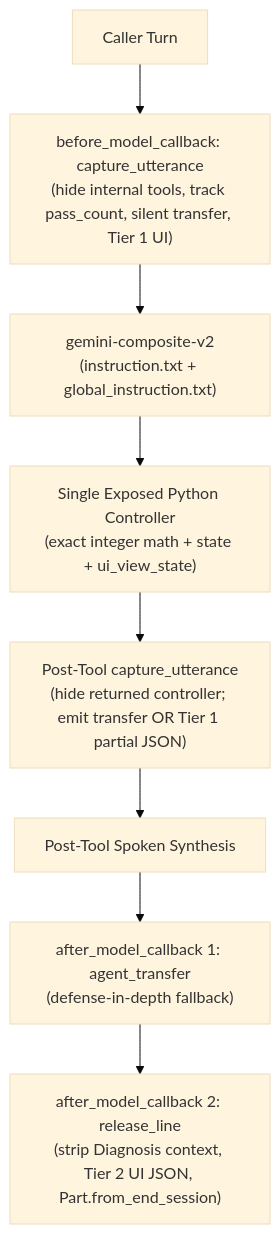
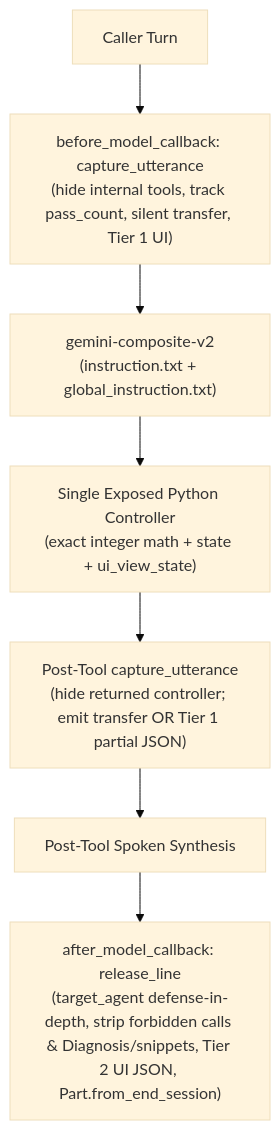
Before and after one commit to oliviervg1/gecx-bank-demo: the second of 4 diagrams in cloudbank/README.md, drawn with Mermaid (base theme). The commit also changed other lines of this file and 19 other files, not shown here.

Commit message:
Harden CI privacy hygiene, standardize proxy port 8765, and sync architecture docs

````diff
--- a/cloudbank/README.md
+++ b/cloudbank/README.md
@@ -24,10 +24,9 @@
 ```mermaid
 flowchart TD
     In["Caller Turn"] --> Pre["before_model_callback: capture_utterance<br/>(hide internal tools, track pass_count, silent transfer, Tier 1 UI)"]
     Pre --> LLM["gemini-composite-v2<br/>(instruction.txt + global_instruction.txt)"]
     LLM --> Ctrl["Single Exposed Python Controller<br/>(exact integer math + state + ui_view_state)"]
     Ctrl --> PrePost["Post-Tool capture_utterance<br/>(hide returned controller; emit transfer OR Tier 1 partial JSON)"]
     PrePost --> Speech["Post-Tool Spoken Synthesis"]
-    Speech --> Post1["after_model_callback 1: agent_transfer<br/>(defense-in-depth fallback)"]
-    Post1 --> Post2["after_model_callback 2: release_line<br/>(strip Diagnosis context, Tier 2 UI JSON, Part.from_end_session)"]
+    Speech --> Post["after_model_callback: release_line<br/>(target_agent defense-in-depth, strip forbidden calls & Diagnosis/snippets, Tier 2 UI JSON, Part.from_end_session)"]
 ```
````
